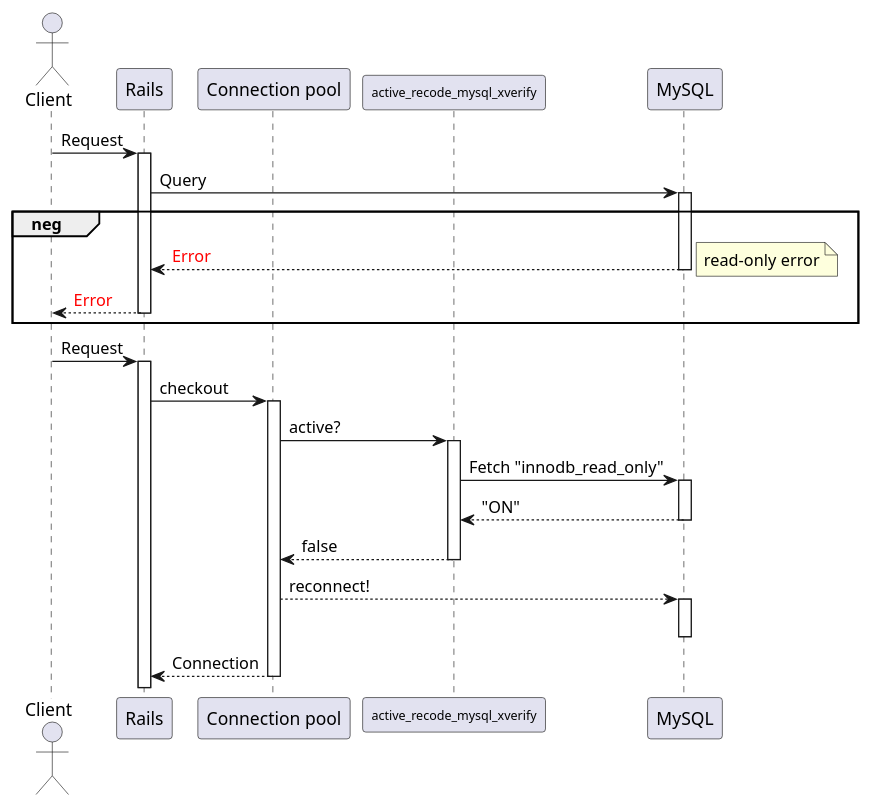
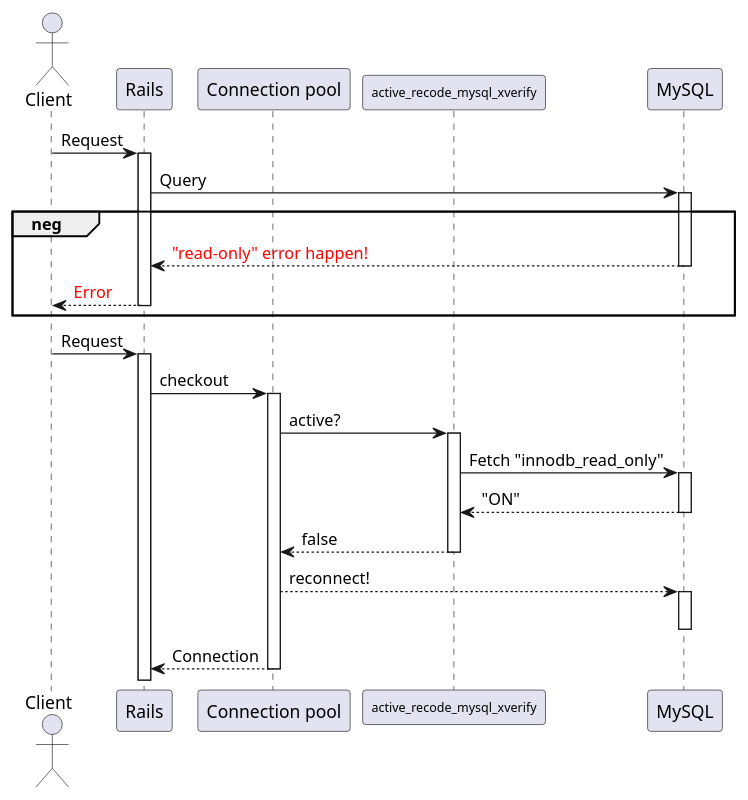
One commit to winebarrel/active_record_mysql_xverify changed the diagram in seq.wsd. Above: the diagram before and after it, drawn with PlantUML.

Commit message:
Fix sequence diagram

```diff
--- a/seq.wsd
+++ b/seq.wsd
@@ -1,39 +1,38 @@
 @startuml{seq.png}
 
 actor Client
 participant Rails
 participant "Connection pool" as cp
 participant "<size:10>active_recode_mysql_xverify</size>" as armx
 participant MySQL
 
 Client -> Rails : Request
 activate Rails
 Rails -> MySQL : Query
 activate MySQL
 group neg
-  Rails <-- MySQL : <font color=red>Error</font>
-  note right : read-only error
+  Rails <-- MySQL : <font color=red>"read-only" error happen!</font>
   deactivate MySQL
   Client <-- Rails : <font color=red>Error</font>
   deactivate Rails
 end
 
 Client -> Rails : Request
 activate Rails
 Rails -> cp : checkout
 activate cp
 cp -> armx : active?
 activate armx
 armx -> MySQL : Fetch "innodb_read_only"
 activate MySQL
 armx <-- MySQL : "ON"
 deactivate MySQL
 cp <-- armx : false
 deactivate armx
 cp --> MySQL : reconnect!
 activate MySQL
 deactivate MySQL
 Rails <-- cp : Connection
 deactivate cp
 
 @enduml
```
